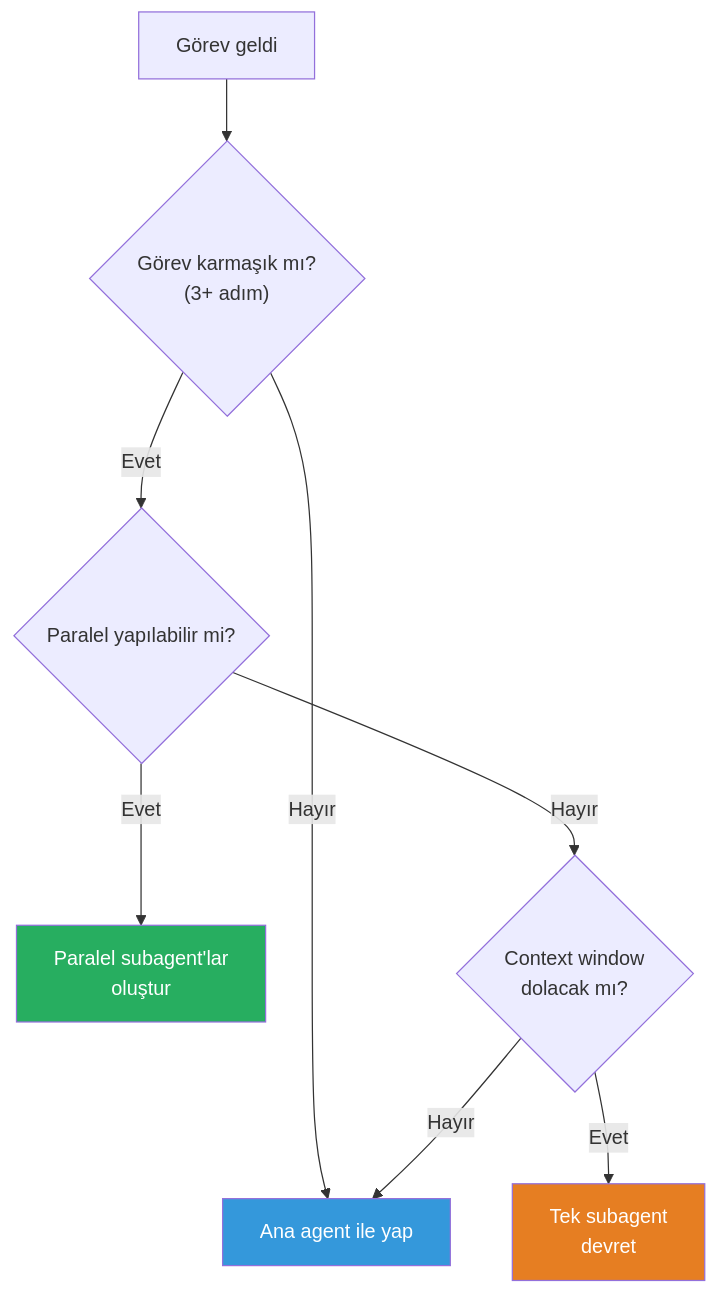
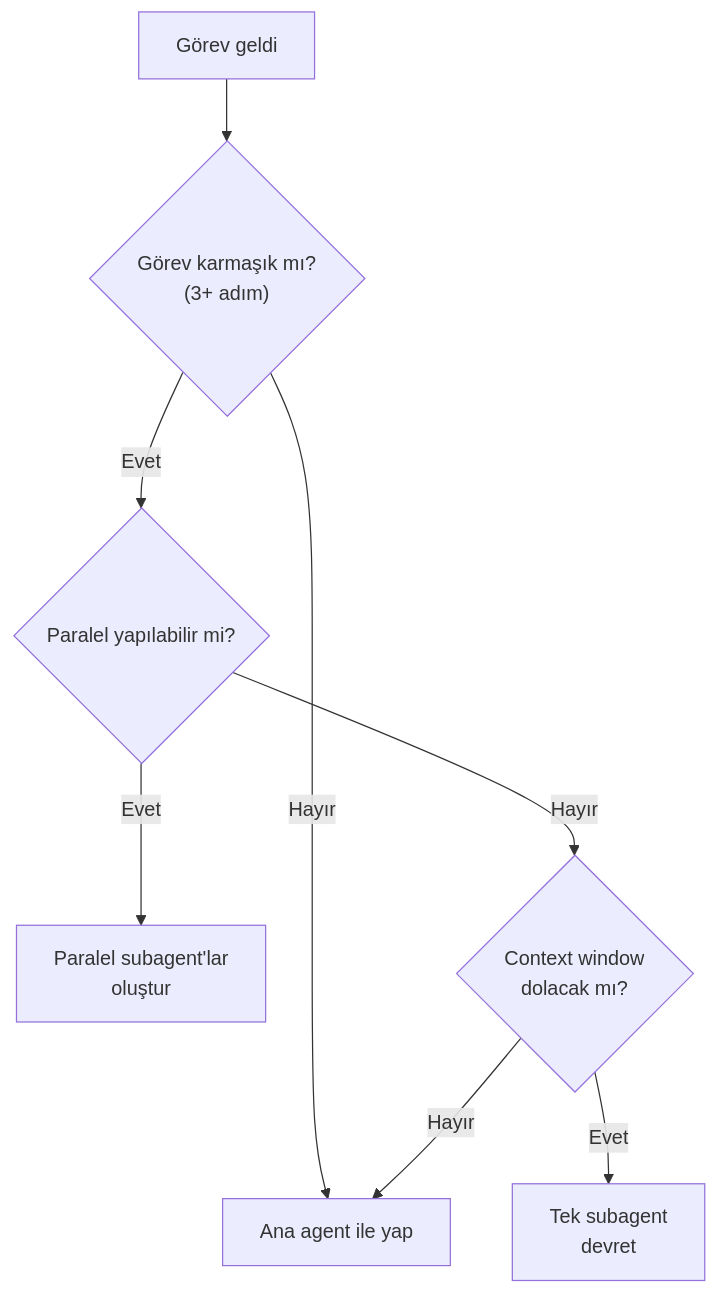
One commit to IzzetYasinAtes/ClaudeCodeHandbook changed the seventh of 8 diagrams in 13-subagentlar-ve-agent-takimlari/01-subagent-nedir.md. Above: the diagram before and after it, drawn with Mermaid. The commit also changed other lines of this file and 97 other files, not shown here.

Commit message:
Remove all custom Mermaid style/fill colors from 98 markdown files for consistent dark theme rendering

````diff
--- a/13-subagentlar-ve-agent-takimlari/01-subagent-nedir.md
+++ b/13-subagentlar-ve-agent-takimlari/01-subagent-nedir.md
@@ -247,16 +234,13 @@
 ```mermaid
 flowchart TD
     START["Görev geldi"] --> Q1{"Görev karmaşık mı?<br/>(3+ adım)"}
     Q1 --> |"Hayır"| DIRECT["Ana agent ile yap"]
     Q1 --> |"Evet"| Q2{"Paralel yapılabilir mi?"}
 
     Q2 --> |"Evet"| PARALLEL["Paralel subagent'lar<br/>oluştur"]
     Q2 --> |"Hayır"| Q3{"Context window<br/>dolacak mı?"}
 
     Q3 --> |"Evet"| SINGLE_SUB["Tek subagent<br/>devret"]
     Q3 --> |"Hayır"| DIRECT
 
-    style PARALLEL fill:#27AE60,color:#fff
-    style SINGLE_SUB fill:#E67E22,color:#fff
-    style DIRECT fill:#3498DB,color:#fff
 ```
````
